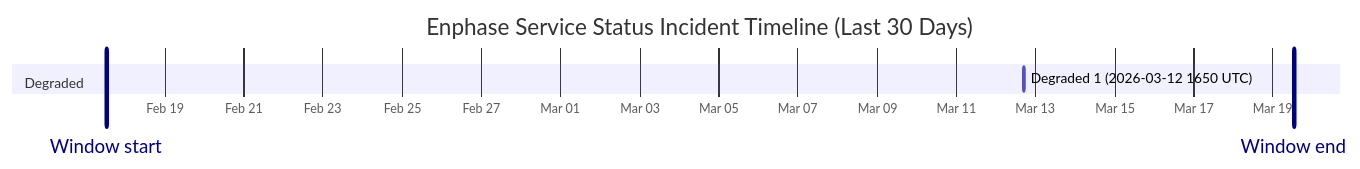
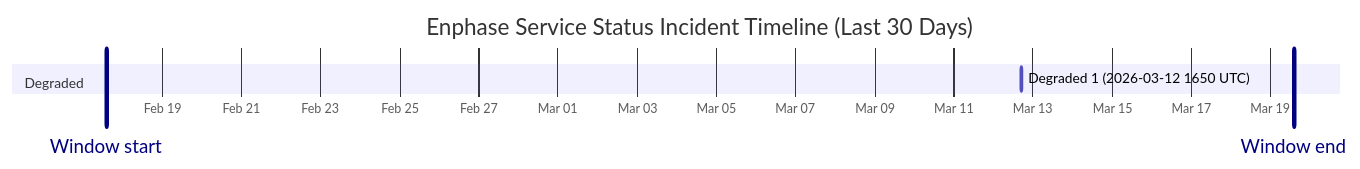
Before and after one commit to barneyonline/ha-enphase-ev-charger: the diagram in wiki/Service-Status-History.md, drawn with Mermaid. The commit also changed other lines of this file and 3 other files, not shown here.

````diff
--- a/wiki/Service-Status-History.md
+++ b/wiki/Service-Status-History.md
@@ -14,10 +14,10 @@
 ```mermaid
 gantt
     title Enphase Service Status Incident Timeline (Last 30 Days)
     dateFormat  YYYY-MM-DDTHH:mm:ss
     axisFormat  %b %d
-    Window start :vert, window-start, 2026-02-17T12:40:33, 0ms
-    Window end :vert, window-end, 2026-03-19T12:40:33, 0ms
+    Window start :vert, window-start, 2026-02-17T14:03:00, 0ms
+    Window end :vert, window-end, 2026-03-19T14:03:00, 0ms
     section Degraded
     Degraded 1 (2026-03-12 1650 UTC) :active, degraded-1, 2026-03-12T16:50:43, 60m
 ```
````
